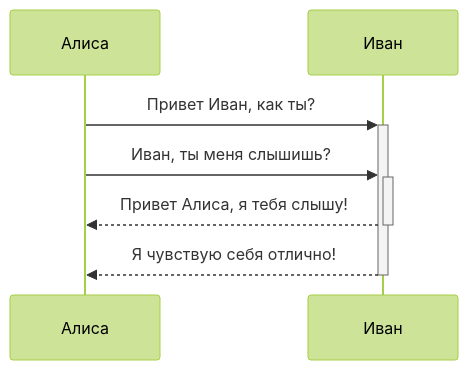
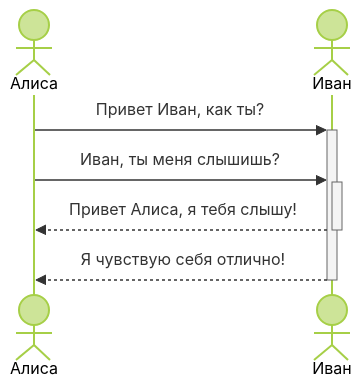
One commit to Nil-AV/Obsidian_Brain changed the diagram in 2 Моделирование/UML/1.3.1. Seqence.md. Above: the diagram before and after it, drawn with Mermaid (forest theme).

Commit message:
vault backup: 2024-11-04 18:27:32

````diff
--- a/2 Моделирование/UML/1.3.1. Seqence.md
+++ b/2 Моделирование/UML/1.3.1. Seqence.md
@@ -6,7 +6,10 @@
 ```mermaid
 sequenceDiagram
-    Алиса->>+Иван: Привет Иван, как ты?
-    Алиса->>+Иван: Иван, ты меня слышишь?
-    Иван-->>-Алиса: Привет Алиса, я тебя слышу!
-    Иван-->>-Алиса: Я чувствую себя отлично!
+actor А as Алиса
+actor И as Иван
+
+    А->>+И: Привет Иван, как ты?
+    А->>+И: Иван, ты меня слышишь?
+    И-->>-А: Привет Алиса, я тебя слышу!
+    И-->>-А: Я чувствую себя отлично!
 ```
````
